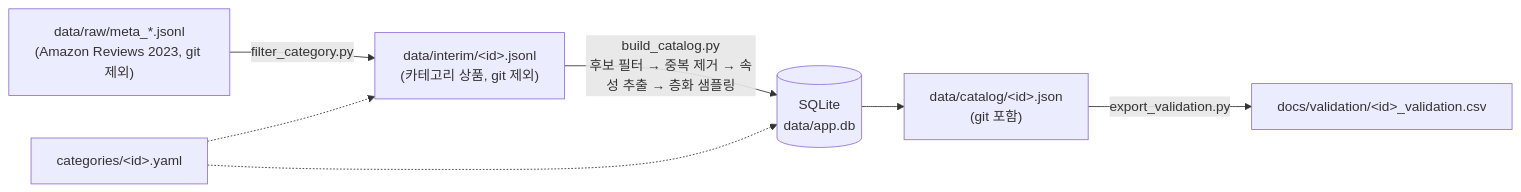
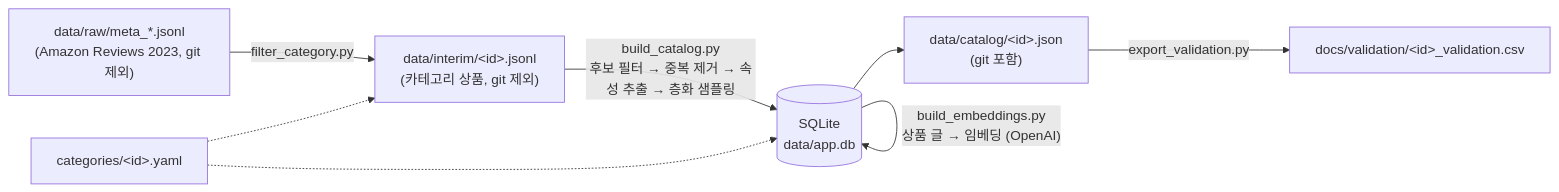
Before and after one commit to qazcdesnu/llm-hw2-demo: the third of 4 diagrams in docs/architecture.md, drawn with Mermaid. The commit also changed other lines of this file and 49 other files, not shown here.

````diff
--- a/docs/architecture.md
+++ b/docs/architecture.md
@@ -197,16 +205,17 @@
 ```mermaid
 flowchart LR
     RAW["data/raw/meta_*.jsonl<br/>(Amazon Reviews 2023, git 제외)"]
     INTERIM["data/interim/&lt;id&gt;.jsonl<br/>(카테고리 상품, git 제외)"]
     DB[(SQLite<br/>data/app.db)]
     JSON["data/catalog/&lt;id&gt;.json<br/>(git 포함)"]
     CSV["docs/validation/&lt;id&gt;_validation.csv"]
     YAML[categories/&lt;id&gt;.yaml]
 
     RAW -- filter_category.py --> INTERIM
     INTERIM -- "build_catalog.py<br/>후보 필터 → 중복 제거 → 속성 추출 → 층화 샘플링" --> DB
     DB --> JSON
     JSON -- export_validation.py --> CSV
     YAML -.-> INTERIM
     YAML -.-> DB
+    DB -- "build_embeddings.py<br/>상품 글 → 임베딩 (OpenAI)" --> DB
 ```
````
